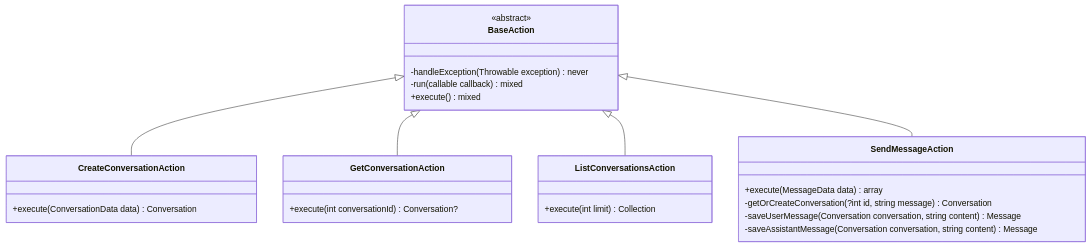
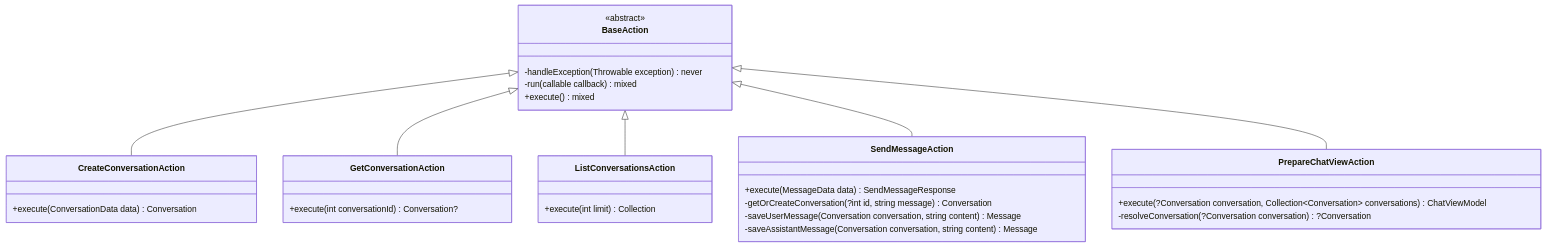
The third of 8 diagrams in .qoder/repowiki/en/content/Actions Layer Specification.md (siimliimand/laravel-assistant), drawn with Mermaid before and after one commit. The commit also changed other lines of this file and 8 other files, not shown here.

First line of the commit message:
docs(actions): add PrepareChatViewAction and update architecture docs

````diff
--- a/.qoder/repowiki/en/content/Actions Layer Specification.md
+++ b/.qoder/repowiki/en/content/Actions Layer Specification.md
@@ -168,28 +194,33 @@
 ```mermaid
 classDiagram
 class BaseAction {
 <<abstract>>
 -handleException(Throwable exception) never
 -run(callable callback) mixed
 +execute() mixed
 }
 class CreateConversationAction {
 +execute(ConversationData data) Conversation
 }
 class GetConversationAction {
 +execute(int conversationId) Conversation?
 }
 class ListConversationsAction {
 +execute(int limit) Collection
 }
 class SendMessageAction {
-+execute(MessageData data) array
++execute(MessageData data) SendMessageResponse
 -getOrCreateConversation(?int id, string message) Conversation
 -saveUserMessage(Conversation conversation, string content) Message
 -saveAssistantMessage(Conversation conversation, string content) Message
+}
+class PrepareChatViewAction {
++execute(?Conversation conversation, Collection~Conversation~ conversations) ChatViewModel
+-resolveConversation(?Conversation conversation) ?Conversation
 }
 BaseAction <|-- CreateConversationAction
 BaseAction <|-- GetConversationAction
 BaseAction <|-- ListConversationsAction
 BaseAction <|-- SendMessageAction
+BaseAction <|-- PrepareChatViewAction
 ```
````
